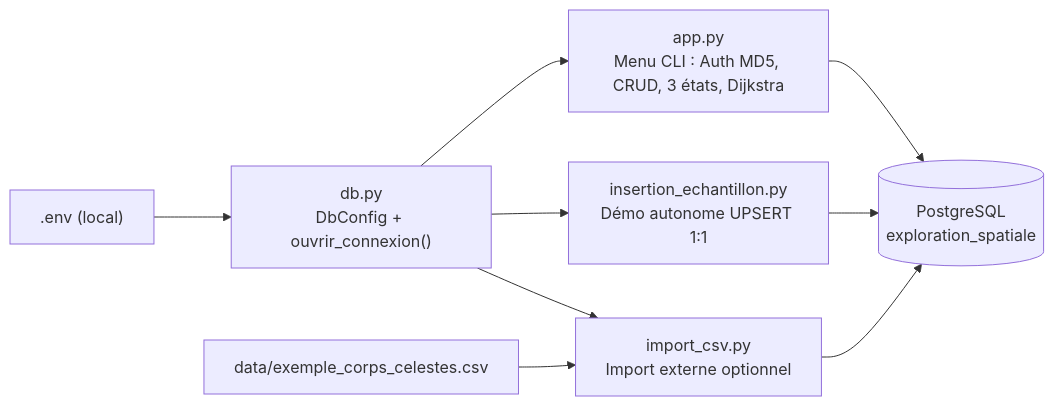
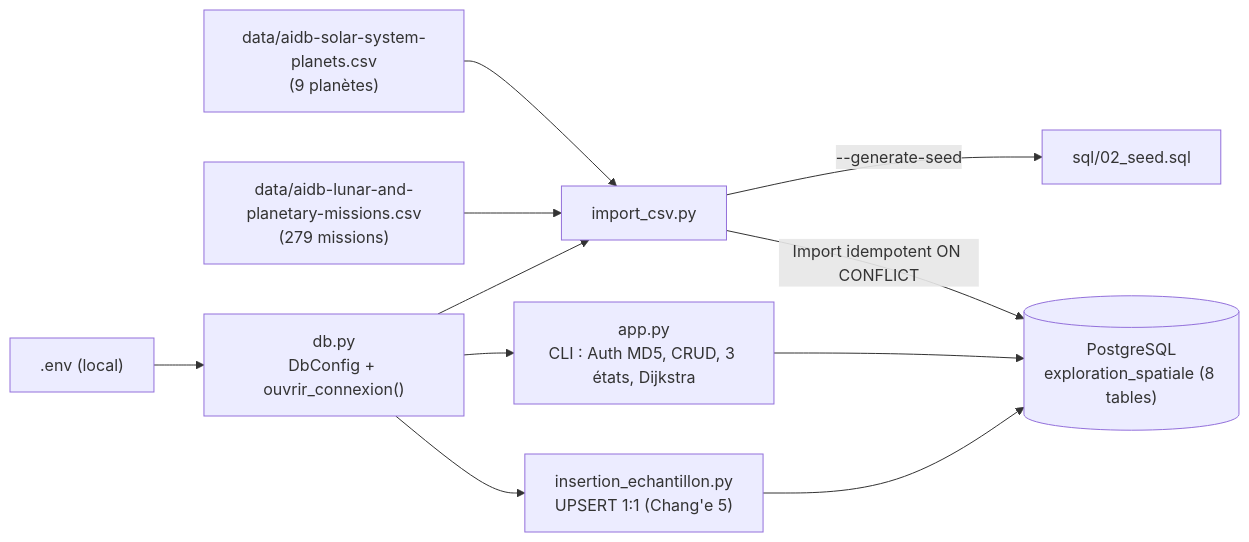
Before and after one commit to GuillaumeWnt/devoirBDD: the diagram in docs/architecture-et-modele.md, drawn with Mermaid. The commit also changed other lines of this file and 15 other files, not shown here.

First line of the commit message:
feat(data,bdd,cli): integrer les 2 bases csv reelles sans etendre le schema 8 tables

````diff
--- a/docs/architecture-et-modele.md
+++ b/docs/architecture-et-modele.md
@@ -110,11 +112,13 @@
 ```mermaid
 flowchart LR
+    CSV1["data/aidb-solar-system-planets.csv<br/>(9 planètes)"] --> IMP["import_csv.py"]
+    CSV2["data/aidb-lunar-and-planetary-missions.csv<br/>(279 missions)"] --> IMP
+    IMP -->|"--generate-seed"| SEED["sql/02_seed.sql"]
+    IMP -->|"Import idempotent ON CONFLICT"| PG[("PostgreSQL<br/>exploration_spatiale (8 tables)")]
     ENV[".env (local)"] --> DB["db.py<br/>DbConfig + ouvrir_connexion()"]
-    DB --> APP["app.py<br/>Menu CLI : Auth MD5, CRUD, 3 états, Dijkstra"]
-    DB --> INS["insertion_echantillon.py<br/>Démo autonome UPSERT 1:1"]
-    DB --> IMP["import_csv.py<br/>Import externe optionnel"]
-    CSV["data/exemple_corps_celestes.csv"] --> IMP
-    APP --> PG[("PostgreSQL<br/>exploration_spatiale")]
+    DB --> APP["app.py<br/>CLI : Auth MD5, CRUD, 3 états, Dijkstra"]
+    DB --> INS["insertion_echantillon.py<br/>UPSERT 1:1 (Chang'e 5)"]
+    DB --> IMP
+    APP --> PG
     INS --> PG
-    IMP --> PG
 ```
````
